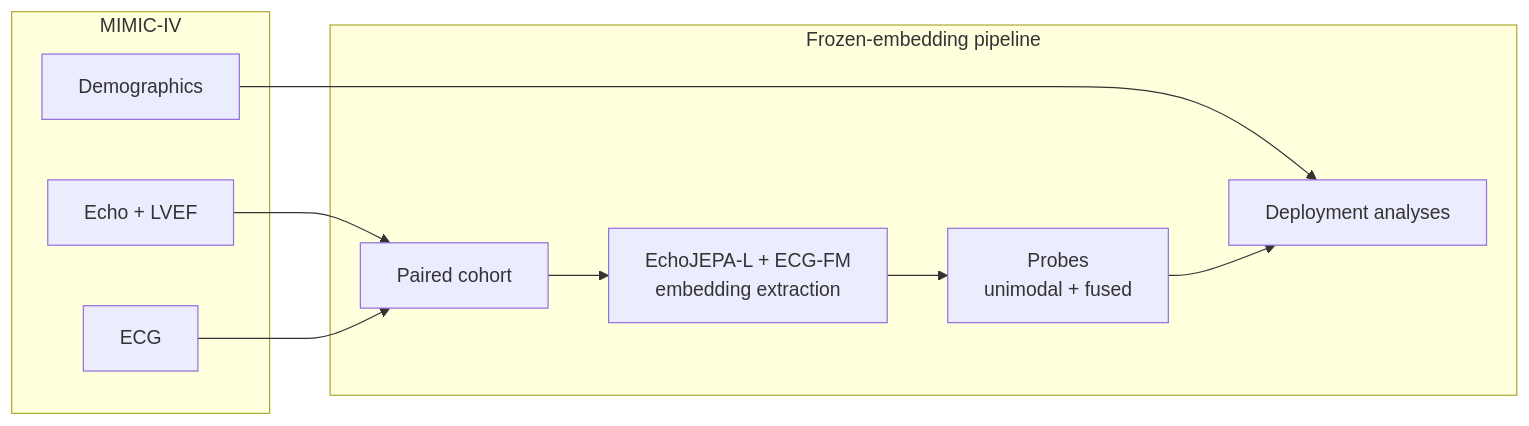
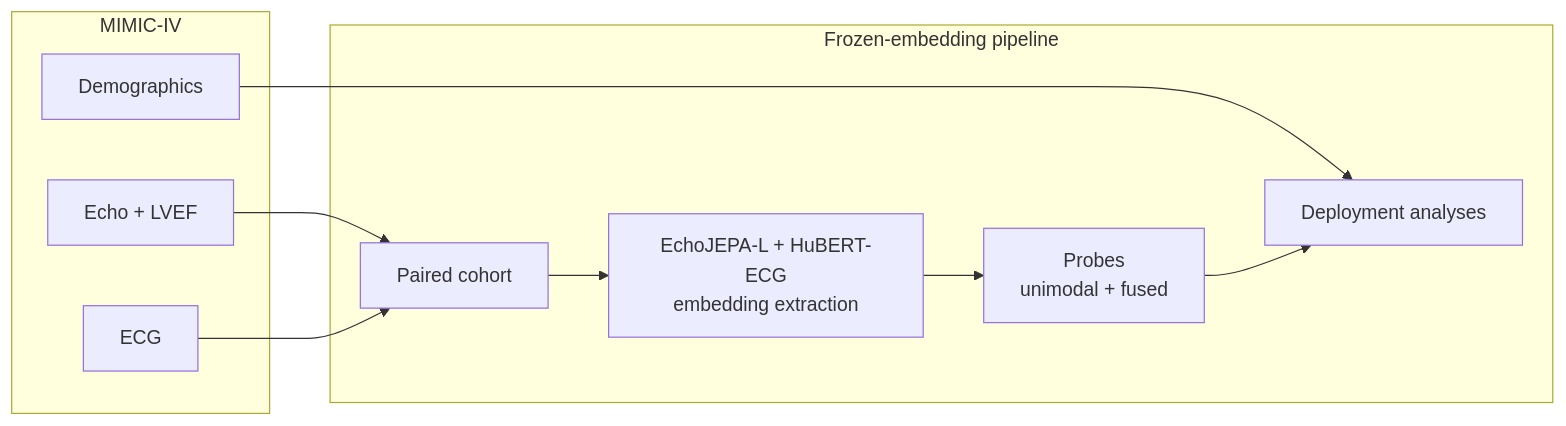
The diagram in README.md (criticaldata/PRIMED-AI), drawn with Mermaid before and after one commit. The commit also changed other lines of this file and 14 other files, not shown here.

````diff
--- a/README.md
+++ b/README.md
@@ -41,20 +46,20 @@
 ```mermaid
 flowchart LR
     subgraph data["MIMIC-IV"]
         E[Echo + LVEF]
         C[ECG]
         P[Demographics]
     end
 
     subgraph pipeline["Frozen-embedding pipeline"]
         CO[Paired cohort]
-        EN[EchoJEPA-L + ECG-FM<br/>embedding extraction]
+        EN[EchoJEPA-L + HuBERT-ECG<br/>embedding extraction]
         PR[Probes<br/>unimodal + fused]
         EV[Deployment analyses]
     end
 
     E --> CO
     C --> CO
     P --> EV
     CO --> EN --> PR --> EV
 ```
````
